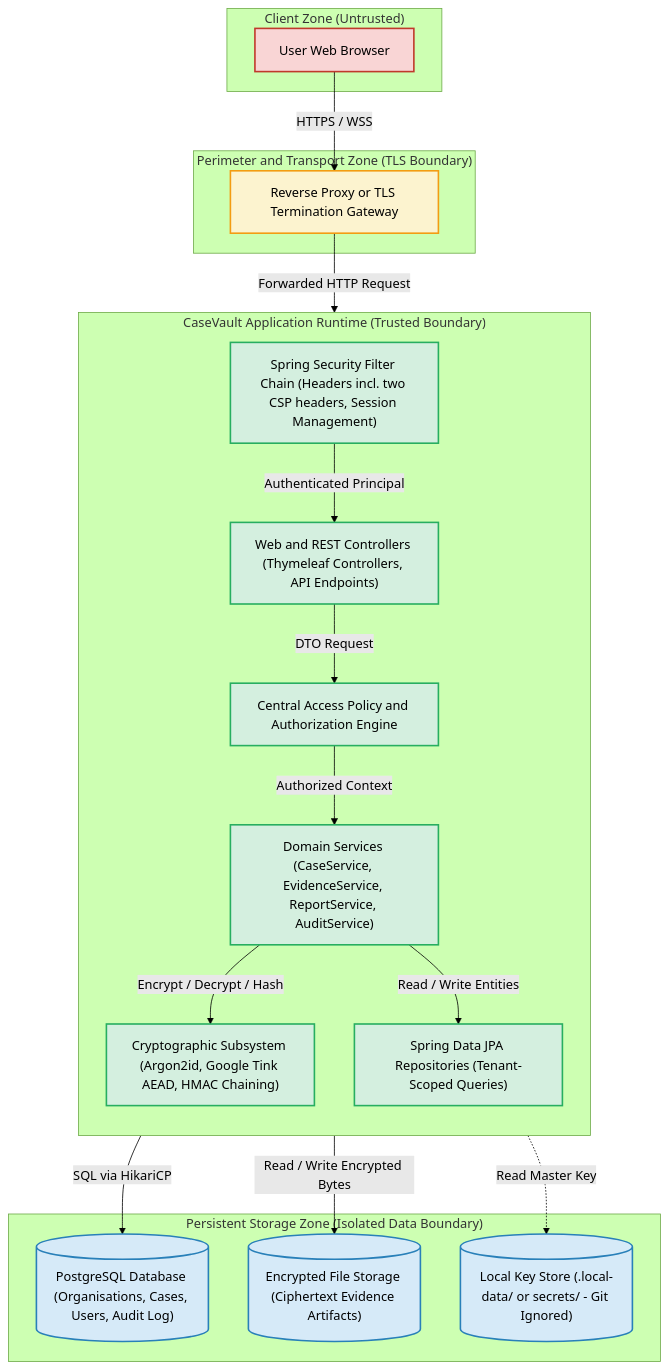
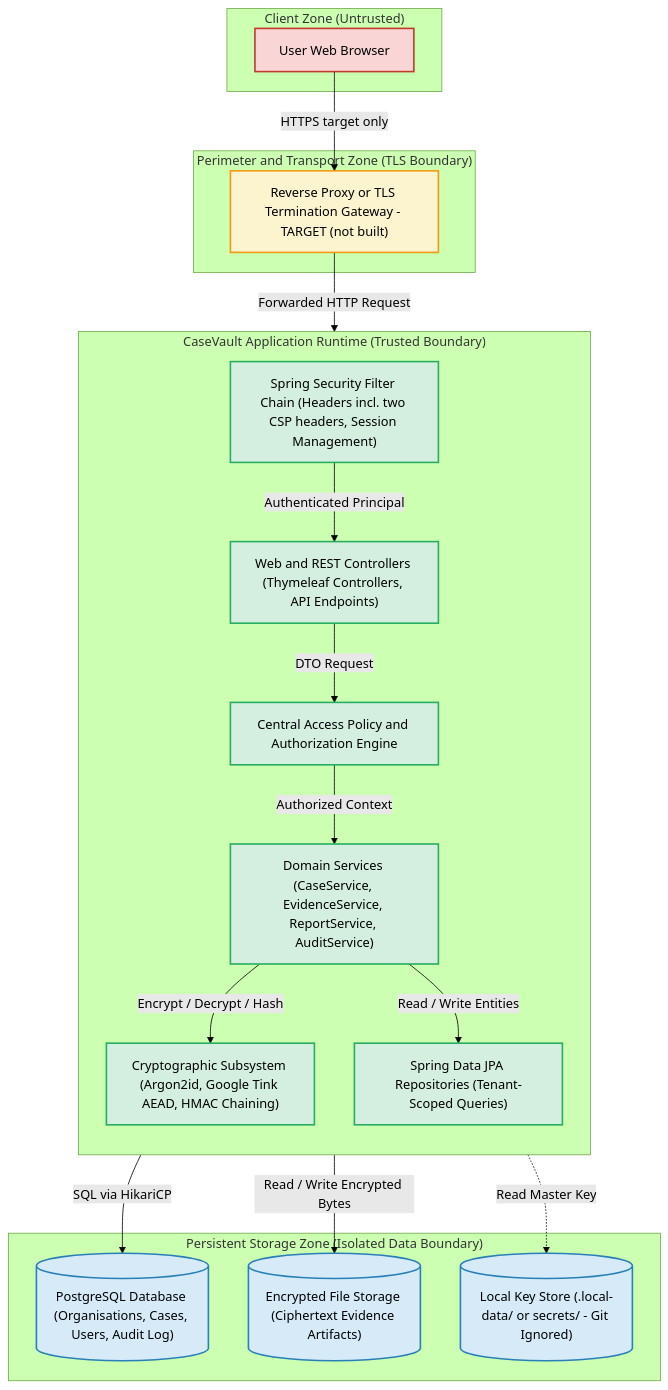
Before and after one commit to hasinhuda/CaseVault: the diagram in docs/architecture.md, drawn with Mermaid (forest theme). The commit also changed other lines of this file and 16 other files, not shown here.

````diff
--- a/docs/architecture.md
+++ b/docs/architecture.md
@@ -10,47 +12,47 @@
 ```mermaid
 flowchart TD
     subgraph ClientZone["Client Zone (Untrusted)"]
         Browser["User Web Browser"]
     end
 
     subgraph PerimeterZone["Perimeter and Transport Zone (TLS Boundary)"]
-        Ingress["Reverse Proxy or TLS Termination Gateway"]
+        Ingress["Reverse Proxy or TLS Termination Gateway - TARGET (not built)"]
     end
 
     subgraph AppZone["CaseVault Application Runtime (Trusted Boundary)"]
         direction TB
         SecurityFilter["Spring Security Filter Chain (Headers incl. two CSP headers, Session Management)"]
         WebControllers["Web and REST Controllers (Thymeleaf Controllers, API Endpoints)"]
         AccessPolicy["Central Access Policy and Authorization Engine"]
         DomainServices["Domain Services (CaseService, EvidenceService, ReportService, AuditService)"]
         CryptoSubsystem["Cryptographic Subsystem (Argon2id, Google Tink AEAD, HMAC Chaining)"]
         DataRepositories["Spring Data JPA Repositories (Tenant-Scoped Queries)"]
     end
 
     subgraph StorageZone["Persistent Storage Zone (Isolated Data Boundary)"]
         PostgresDB[("PostgreSQL Database (Organisations, Cases, Users, Audit Log)")]
         EncryptedFS[("Encrypted File Storage (Ciphertext Evidence Artifacts)")]
         KeyStore[("Local Key Store (.local-data/ or secrets/ - Git Ignored)")]
     end
 
-    Browser -->|HTTPS / WSS| Ingress
+    Browser -->|HTTPS target only| Ingress
     Ingress -->|Forwarded HTTP Request| SecurityFilter
     SecurityFilter -->|Authenticated Principal| WebControllers
     WebControllers -->|DTO Request| AccessPolicy
     AccessPolicy -->|Authorized Context| DomainServices
     DomainServices -->|Encrypt / Decrypt / Hash| CryptoSubsystem
     DomainServices -->|Read / Write Entities| DataRepositories
     CryptoSubsystem -.->|Read Master Key| KeyStore
     CryptoSubsystem -->|Read / Write Encrypted Bytes| EncryptedFS
     DataRepositories -->|SQL via HikariCP| PostgresDB
 
     classDef untrusted fill:#f9d5d5,stroke:#c0392b,stroke-width:2px;
     classDef perimeter fill:#fcf3cf,stroke:#f39c12,stroke-width:2px;
     classDef trusted fill:#d4efdf,stroke:#27ae60,stroke-width:2px;
     classDef storage fill:#d6eaf8,stroke:#2980b9,stroke-width:2px;
 
     class Browser untrusted;
     class Ingress perimeter;
     class SecurityFilter,WebControllers,AccessPolicy,DomainServices,CryptoSubsystem,DataRepositories trusted;
     class PostgresDB,EncryptedFS,KeyStore storage;
 ```
````
